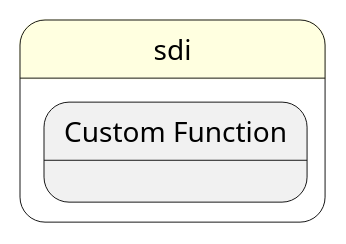
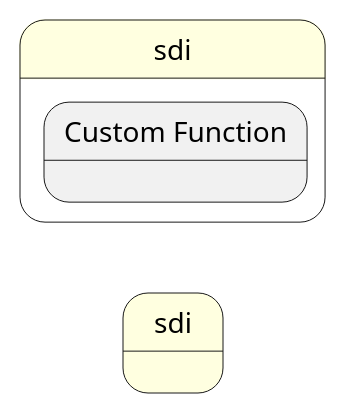
Before and after one commit to madajaju/sabr: the diagram in docs/sabr/sdi/process.puml, drawn with PlantUML. The commit also changed 597 other files, not shown here.

```diff
--- a/docs/sabr/sdi/process.puml
+++ b/docs/sabr/sdi/process.puml
@@ -1,18 +1,18 @@
 @startuml
 left to right direction
 
 
 state "sdi" as sdi #lightyellow {
 }
 
 
-state sdi #lightyellow {
+state "sdi" as pstatename #lightyellow {
     state "Custom Function" as sdifunction {
     }
 }
 
 
 
 
 
 @enduml
```
